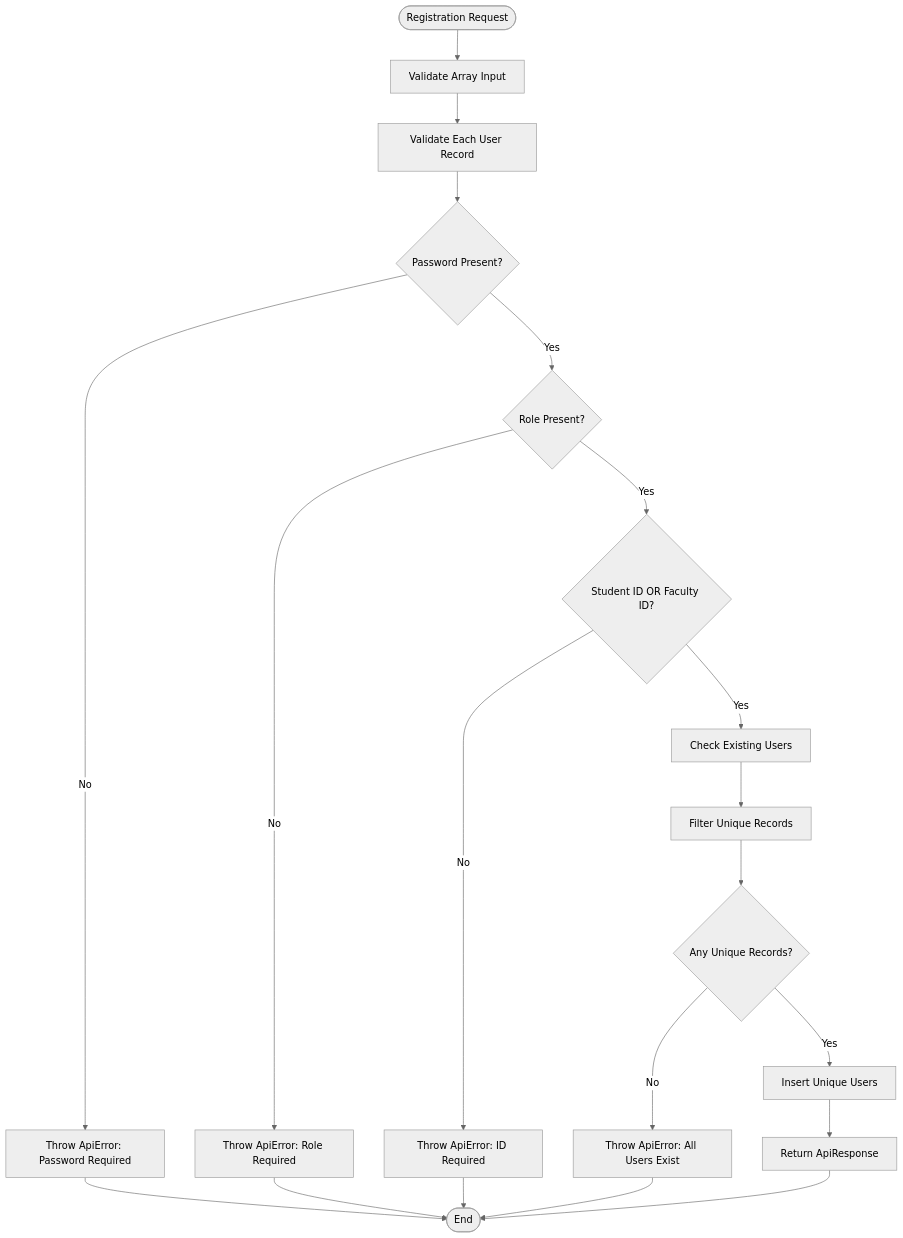
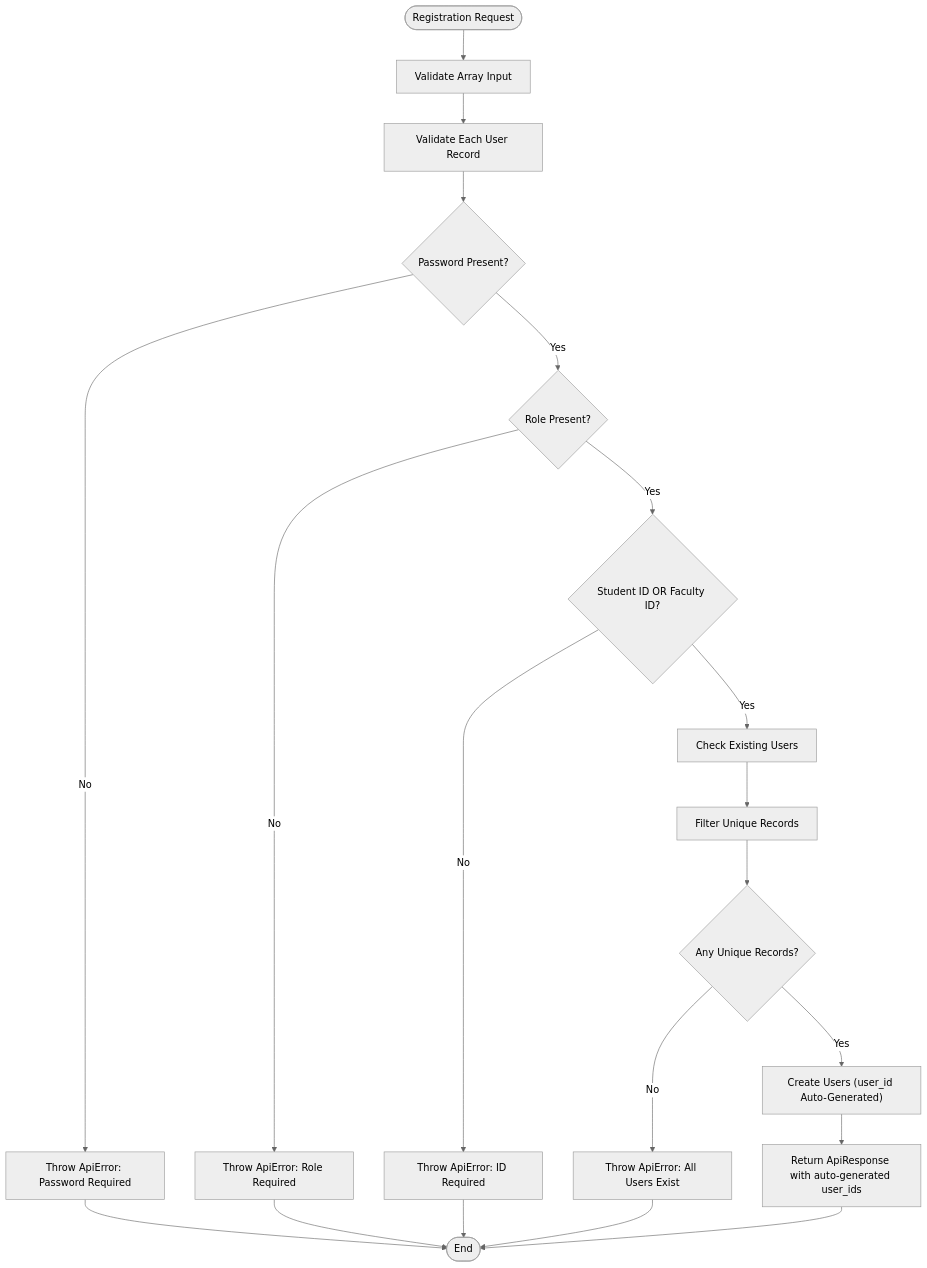
The fourth of 9 diagrams in .qoder/repowiki/en/content/Data Models & Database Schema/Core User Model.md (Aryan9060/Timetable-Project), drawn with Mermaid (neutral theme) before and after one commit. The commit also changed other lines of this file and 21 other files, not shown here.

````diff
--- a/.qoder/repowiki/en/content/Data Models & Database Schema/Core User Model.md
+++ b/.qoder/repowiki/en/content/Data Models & Database Schema/Core User Model.md
@@ -194,22 +205,22 @@
 ```mermaid
 flowchart TD
 Start([Registration Request]) --> ValidateArray["Validate Array Input"]
 ValidateArray --> ValidateEach["Validate Each User Record"]
 ValidateEach --> CheckPassword{"Password Present?"}
 CheckPassword --> |No| ErrorPassword["Throw ApiError: Password Required"]
 CheckPassword --> |Yes| CheckRole{"Role Present?"}
 CheckRole --> |No| ErrorRole["Throw ApiError: Role Required"]
 CheckRole --> |Yes| CheckId{"Student ID OR Faculty ID?"}
 CheckId --> |No| ErrorId["Throw ApiError: ID Required"]
 CheckId --> |Yes| CheckDuplicates["Check Existing Users"]
 CheckDuplicates --> FilterUnique["Filter Unique Records"]
 FilterUnique --> HasUnique{"Any Unique Records?"}
 HasUnique --> |No| ErrorExists["Throw ApiError: All Users Exist"]
-HasUnique --> |Yes| InsertUsers["Insert Unique Users"]
-InsertUsers --> Success["Return ApiResponse"]
+HasUnique --> |Yes| CreateUser["Create Users (user_id Auto-Generated)"]
+CreateUser --> Success["Return ApiResponse with auto-generated user_ids"]
 ErrorPassword --> End([End])
 ErrorRole --> End
 ErrorId --> End
 ErrorExists --> End
 Success --> End
 ```
````
